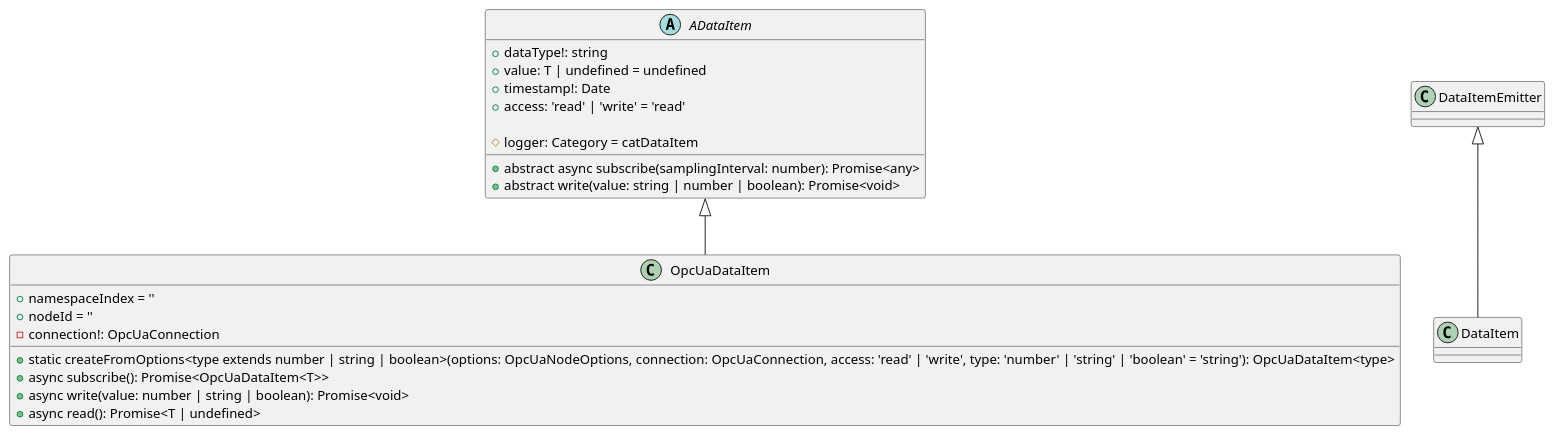
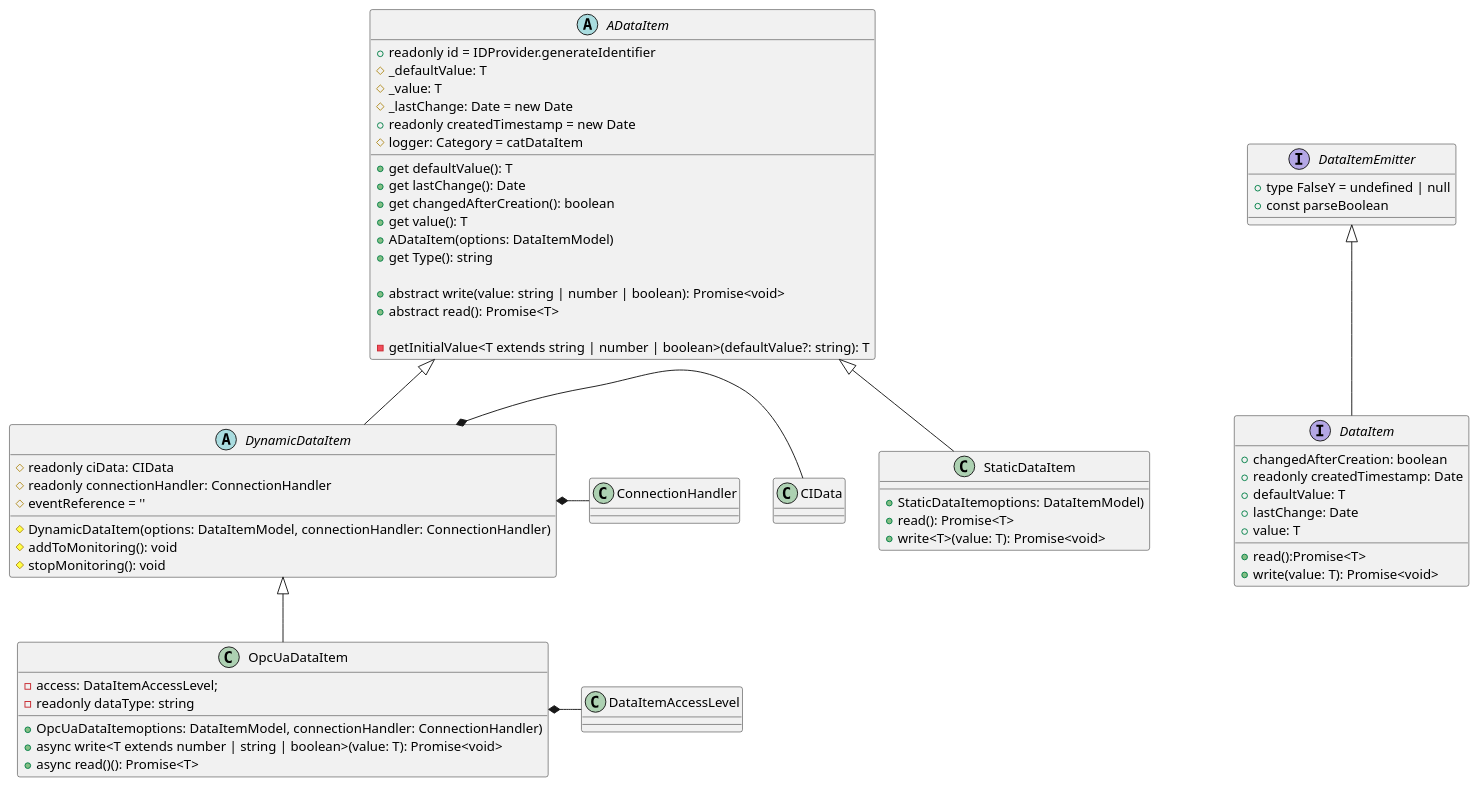
The diagram in src/modularPlantManager/pea/dataAssembly/dataItem/DataItem.puml (p2o-lab/polaris-backend), drawn with PlantUML before and after one commit.

Commit message:
updated .puml file (Dataitem)

```diff
--- a/src/modularPlantManager/pea/dataAssembly/dataItem/DataItem.puml
+++ b/src/modularPlantManager/pea/dataAssembly/dataItem/DataItem.puml
@@ -26,30 +26,75 @@
 @startuml
 'https://plantuml.com/class-diagram
 
+interface DataItem{
+    + changedAfterCreation: boolean
+	+ readonly createdTimestamp: Date
+	+ defaultValue: T
+	+ lastChange: Date
+	+ value: T
+	+ read():Promise<T>
+	+ write(value: T): Promise<void>
+}
+
+interface DataItemEmitter{
+    + type FalseY = undefined | null
+    + const parseBoolean
+}
+
 abstract class ADataItem{
-    + dataType!: string
-    + value: T | undefined = undefined
-    + timestamp!: Date
-    + access: 'read' | 'write' = 'read'
-
+    + readonly id = IDProvider.generateIdentifier
+    # _defaultValue: T
+    # _value: T
+    # _lastChange: Date = new Date
+    + readonly createdTimestamp = new Date
 	# logger: Category = catDataItem
 
-    + abstract async subscribe(samplingInterval: number): Promise<any>
+	+ get defaultValue(): T
+	+ get lastChange(): Date
+	+ get changedAfterCreation(): boolean
+	+ get value(): T
+	+ ADataItem(options: DataItemModel)
+	+ get Type(): string
+
     + abstract write(value: string | number | boolean): Promise<void>
+    + abstract read(): Promise<T>
+
+    -  getInitialValue<T extends string | number | boolean>(defaultValue?: string): T
+
 }
 DataItemEmitter <|-- DataItem
 
+class StaticDataItem{
+    + StaticDataItemoptions: DataItemModel)
+    + read(): Promise<T>
+    + write<T>(value: T): Promise<void>
+}
+ADataItem<|-- StaticDataItem
+
+abstract class DynamicDataItem{
+       # readonly ciData: CIData
+       # readonly connectionHandler: ConnectionHandler
+       # eventReference = ''
+
+       # DynamicDataItem(options: DataItemModel, connectionHandler: ConnectionHandler)
+       # addToMonitoring(): void
+       # stopMonitoring(): void
+
+}
+DynamicDataItem *- CIData
+DynamicDataItem *- ConnectionHandler
+ADataItem<|-- DynamicDataItem
+
 class OpcUaDataItem{
-	+ namespaceIndex = ''
-	+ nodeId = ''
-	- connection!: OpcUaConnection
+	- access: DataItemAccessLevel;
+	-readonly dataType: string
 
-    + static createFromOptions<type extends number | string | boolean>(options: OpcUaNodeOptions, connection: OpcUaConnection, access: 'read' | 'write', type: 'number' | 'string' | 'boolean' = 'string'): OpcUaDataItem<type>
-    + async subscribe(): Promise<OpcUaDataItem<T>>
-    + async write(value: number | string | boolean): Promise<void>
-    + async read(): Promise<T | undefined>
+	+ OpcUaDataItemoptions: DataItemModel, connectionHandler: ConnectionHandler)
+    + async write<T extends number | string | boolean>(value: T): Promise<void>
+    + async read()(): Promise<T>
 }
+OpcUaDataItem *- DataItemAccessLevel
+DynamicDataItem <|-- OpcUaDataItem
 
-ADataItem<|-- OpcUaDataItem
 
 @enduml
```
